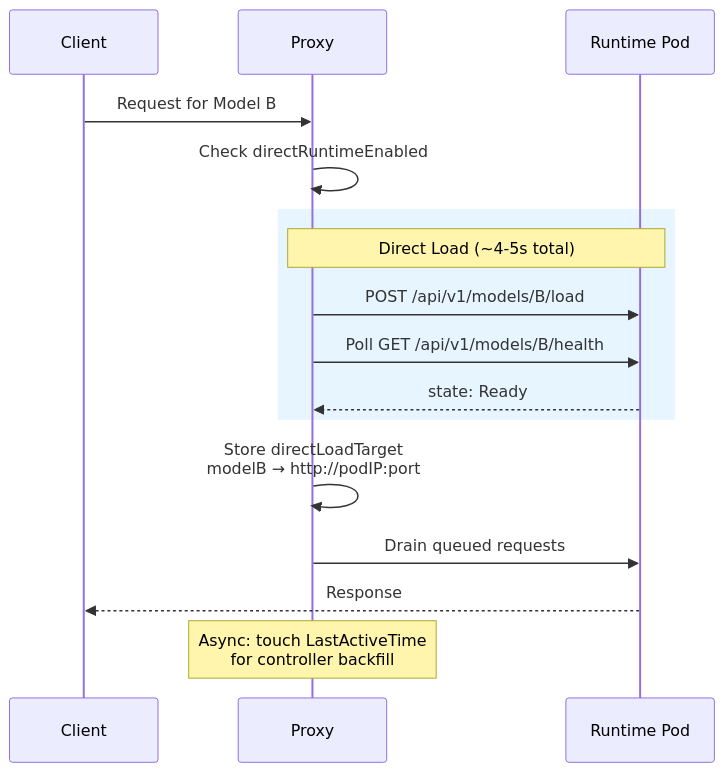
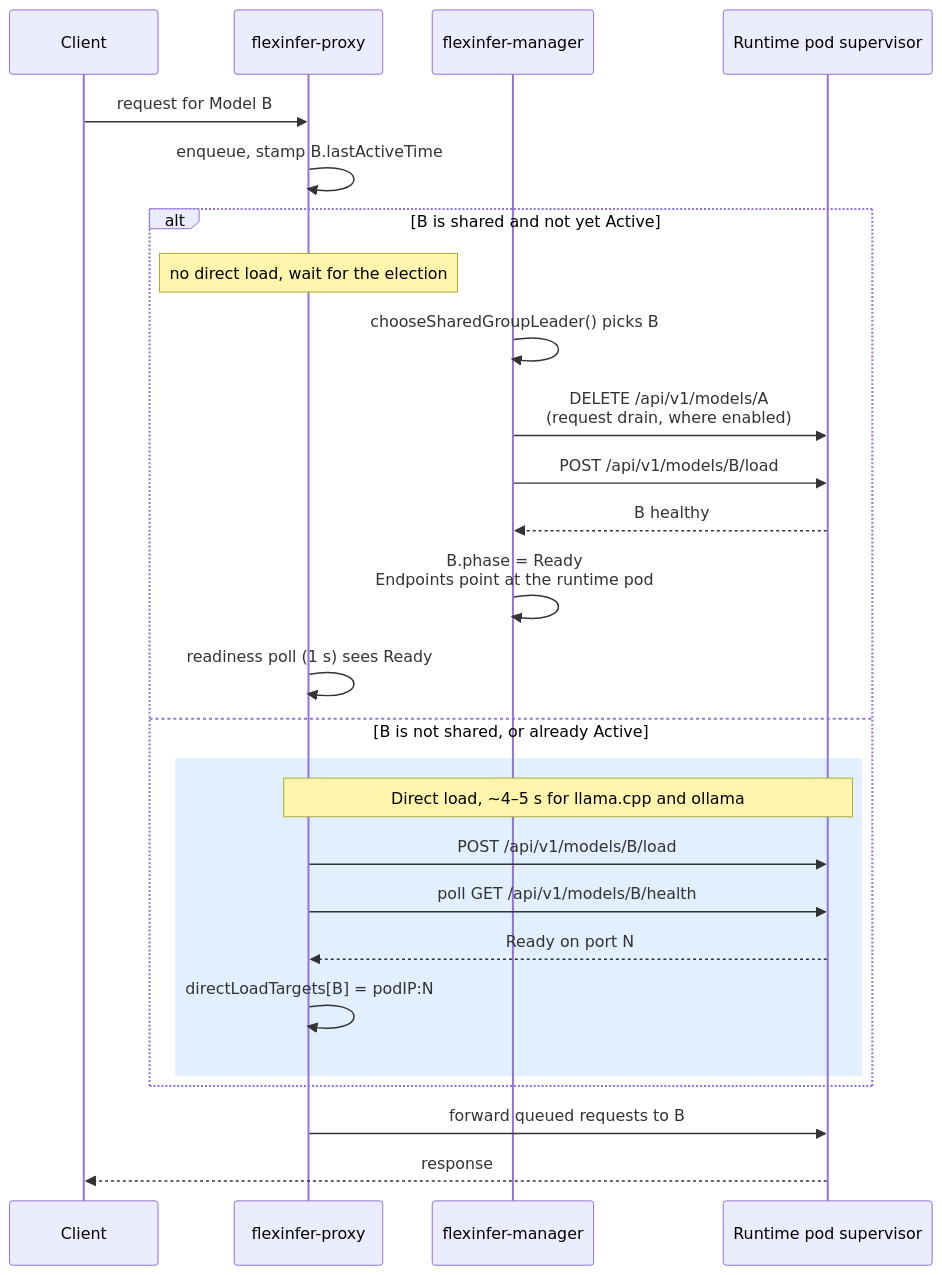
One commit to flexinfer/flexinfer changed the second of 2 diagrams in docs/user/gpu-sharing-runbook.md. Above: the diagram before and after it, drawn with Mermaid. The commit also changed other lines of this file and 7 other files, not shown here.

````diff
--- a/docs/user/gpu-sharing-runbook.md
+++ b/docs/user/gpu-sharing-runbook.md
@@ -257,22 +251,31 @@
 ```mermaid
 sequenceDiagram
     participant Client
-    participant Proxy
-    participant RuntimePod as Runtime Pod
+    participant Proxy as flexinfer-proxy
+    participant Controller as flexinfer-manager
+    participant Runtime as Runtime pod supervisor
 
-    Client->>Proxy: Request for Model B
-    Proxy->>Proxy: Check directRuntimeEnabled
+    Client->>Proxy: request for Model B
+    Proxy->>Proxy: enqueue, stamp B.lastActiveTime
 
-    rect rgb(230, 245, 255)
-        Note over Proxy,RuntimePod: Direct Load (~4-5s total)
-        Proxy->>RuntimePod: POST /api/v1/models/B/load
-        Proxy->>RuntimePod: Poll GET /api/v1/models/B/health
-        RuntimePod-->>Proxy: state: Ready
+    alt B is shared and not yet Active
+        Note over Proxy: no direct load, wait for the election
+        Controller->>Controller: chooseSharedGroupLeader() picks B
+        Controller->>Runtime: DELETE /api/v1/models/A<br/>(request drain, where enabled)
+        Controller->>Runtime: POST /api/v1/models/B/load
+        Runtime-->>Controller: B healthy
+        Controller->>Controller: B.phase = Ready<br/>Endpoints point at the runtime pod
+        Proxy->>Proxy: readiness poll (1 s) sees Ready
+    else B is not shared, or already Active
+        rect rgba(96, 165, 250, 0.18)
+            Note over Proxy,Runtime: Direct load, ~4–5 s for llama.cpp and ollama
+            Proxy->>Runtime: POST /api/v1/models/B/load
+            Proxy->>Runtime: poll GET /api/v1/models/B/health
+            Runtime-->>Proxy: Ready on port N
+            Proxy->>Proxy: directLoadTargets[B] = podIP:N
+        end
     end
 
-    Proxy->>Proxy: Store directLoadTarget<br/>modelB → http://podIP:port
-    Proxy->>RuntimePod: Drain queued requests
-    RuntimePod-->>Client: Response
-
-    Note over Proxy: Async: touch LastActiveTime<br/>for controller backfill
+    Proxy->>Runtime: forward queued requests to B
+    Runtime-->>Client: response
 ```
````
